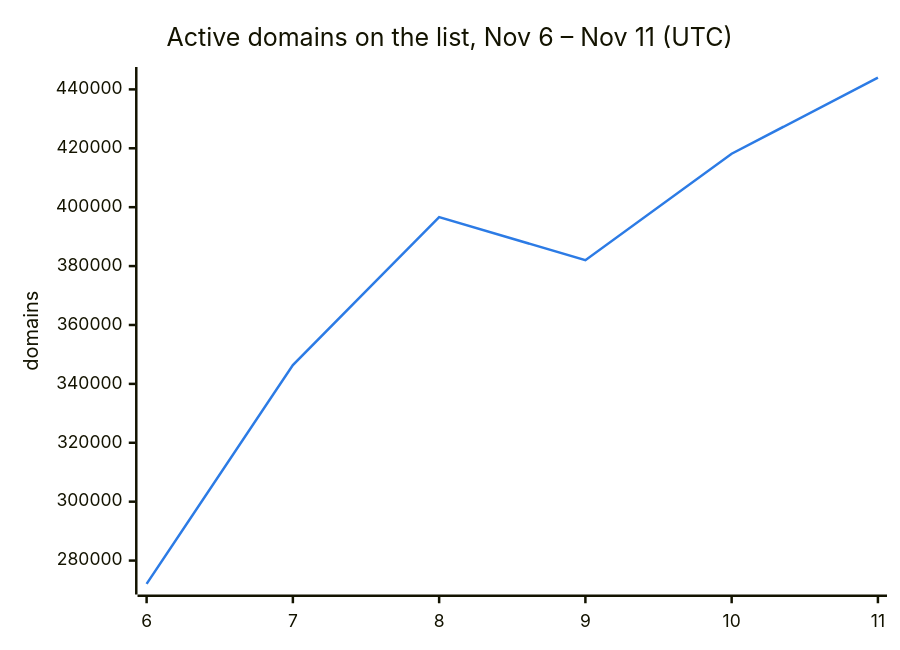
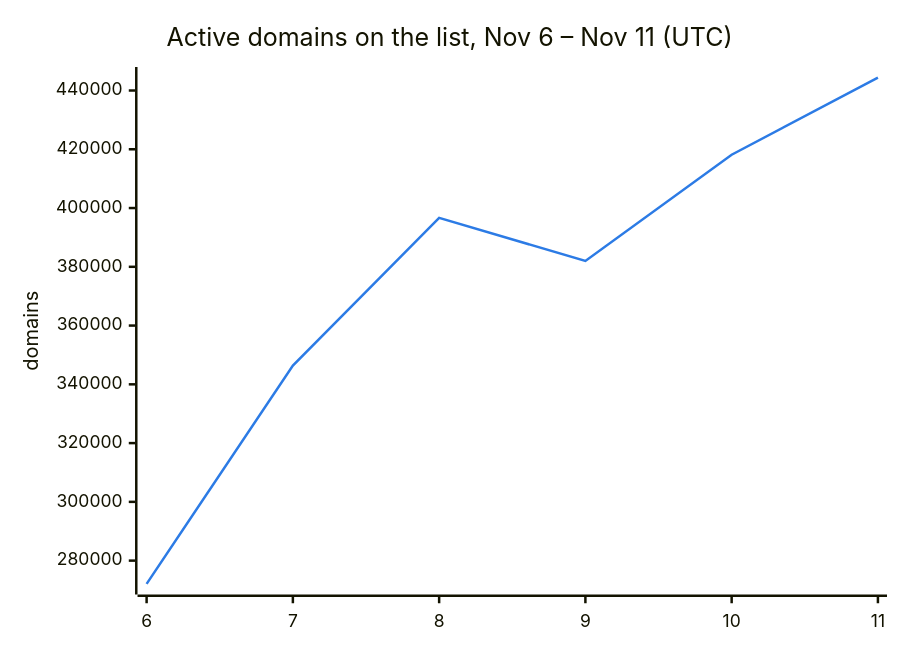
The second of 3 diagrams in README.md (DNSBunker/CTI), drawn with Mermaid before and after one commit. The commit also changed other lines of this file and 3 other files, not shown here.

````diff
--- a/README.md
+++ b/README.md
@@ -38,8 +38,8 @@
 ```mermaid
 %%{init: {"themeVariables": {"xyChart": {"plotColorPalette": "#2c7be5"}}}}%%
 xychart-beta
     title "Active domains on the list, Nov 6 – Nov 11 (UTC)"
     x-axis ["6", "7", "8", "9", "10", "11"]
     y-axis "domains"
-    line [272088, 346388, 396638, 382009, 418143, 443992]
+    line [272088, 346388, 396638, 382009, 418143, 444385]
 ```
````
